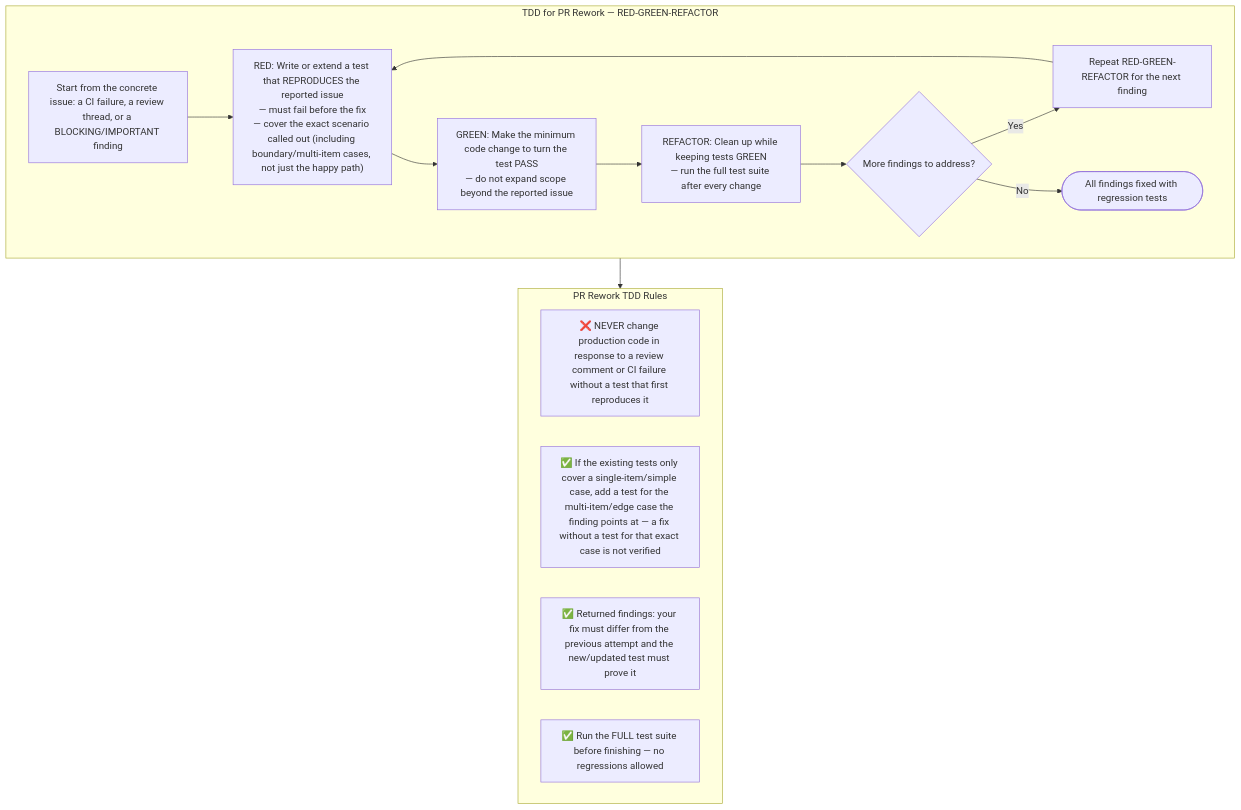
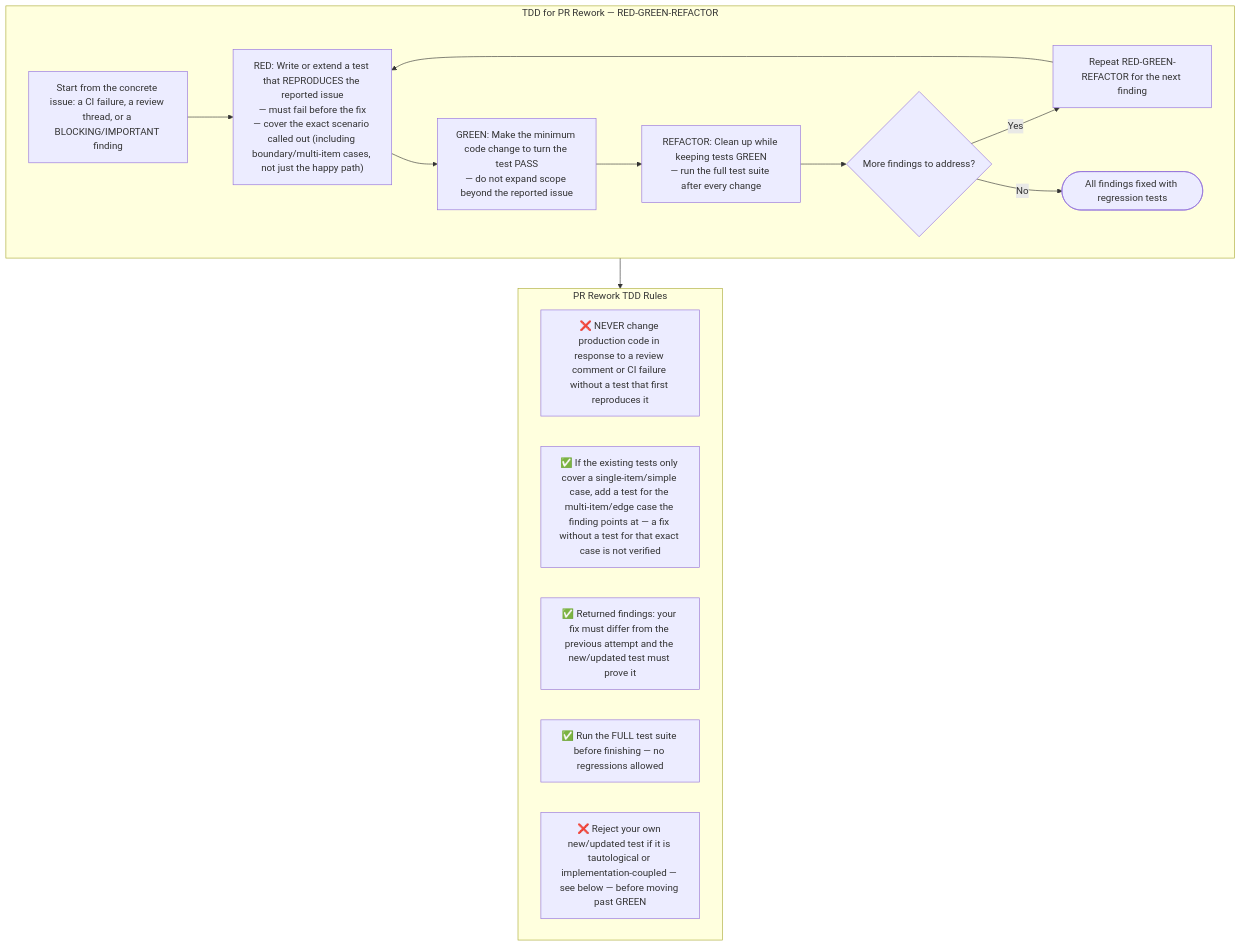
The diagram in .dmtools/agents/instructions/pr_rework/tdd_approach.md (kejno/bonapp), drawn with Mermaid before and after one commit. The commit also changed other lines of this file and 3 other files, not shown here.

````diff
--- a/.dmtools/agents/instructions/pr_rework/tdd_approach.md
+++ b/.dmtools/agents/instructions/pr_rework/tdd_approach.md
@@ -1,23 +1,24 @@
 ```mermaid
 flowchart TD
     subgraph TDD["TDD for PR Rework — RED-GREEN-REFACTOR"]
         T0["Start from the concrete issue: a CI failure, a review thread, or a BLOCKING/IMPORTANT finding"]
         T1["RED: Write or extend a test that REPRODUCES the reported issue<br/>— must fail before the fix<br/>— cover the exact scenario called out (including boundary/multi-item cases, not just the happy path)"]
         T2["GREEN: Make the minimum code change to turn the test PASS<br/>— do not expand scope beyond the reported issue"]
         T3["REFACTOR: Clean up while keeping tests GREEN<br/>— run the full test suite after every change"]
         T4{"More findings to address?"}
         T5["Repeat RED-GREEN-REFACTOR for the next finding"]
         T0 --> T1 --> T2 --> T3 --> T4
         T4 -->|Yes| T5 --> T1
         T4 -->|No| DONE([All findings fixed with regression tests])
     end
 
     subgraph RULES["PR Rework TDD Rules"]
         R1["❌ NEVER change production code in response to a review comment or CI failure without a test that first reproduces it"]
         R2["✅ If the existing tests only cover a single-item/simple case, add a test for the multi-item/edge case the finding points at — a fix without a test for that exact case is not verified"]
         R3["✅ Returned findings: your fix must differ from the previous attempt and the new/updated test must prove it"]
         R4["✅ Run the FULL test suite before finishing — no regressions allowed"]
+        R5["❌ Reject your own new/updated test if it is tautological or implementation-coupled — see below — before moving past GREEN"]
     end
 
     TDD --> RULES
 ```
````
